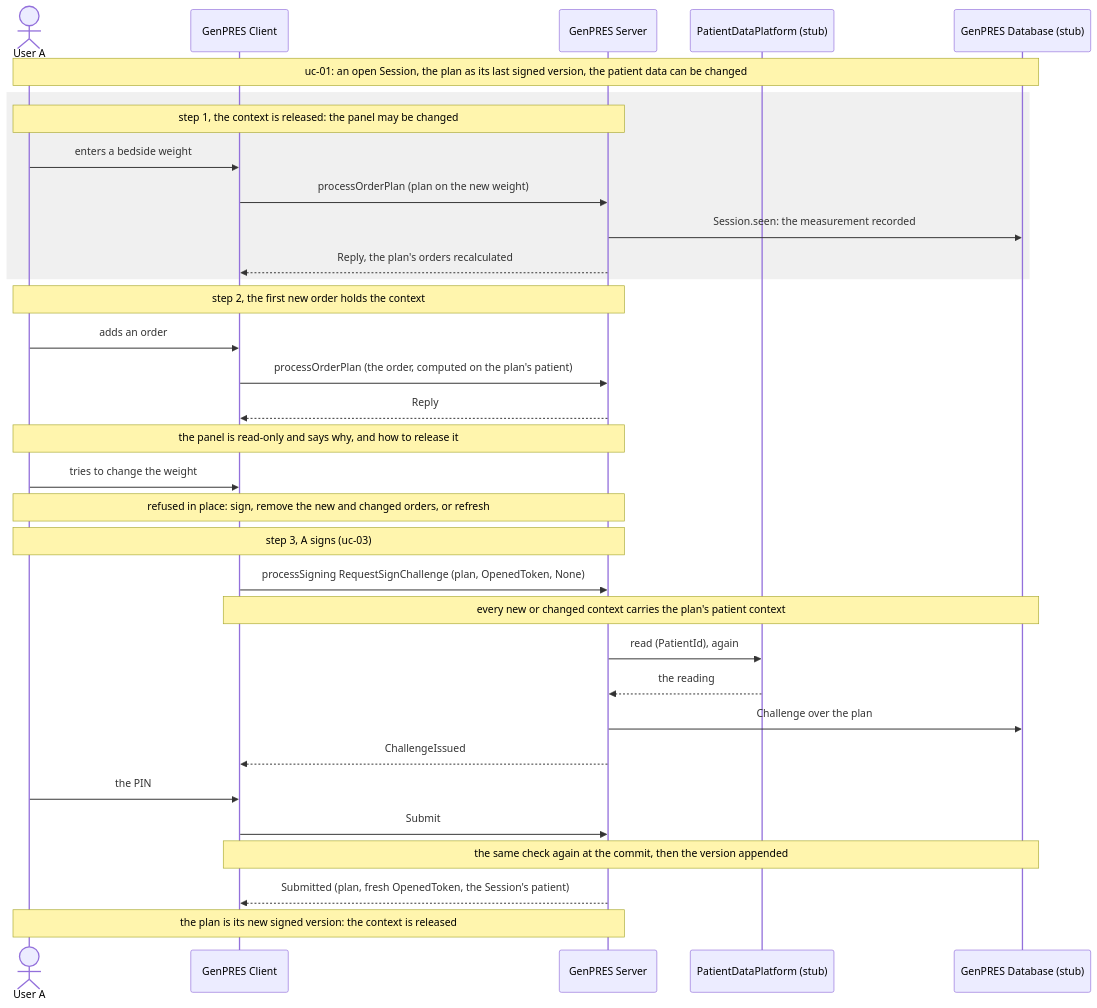
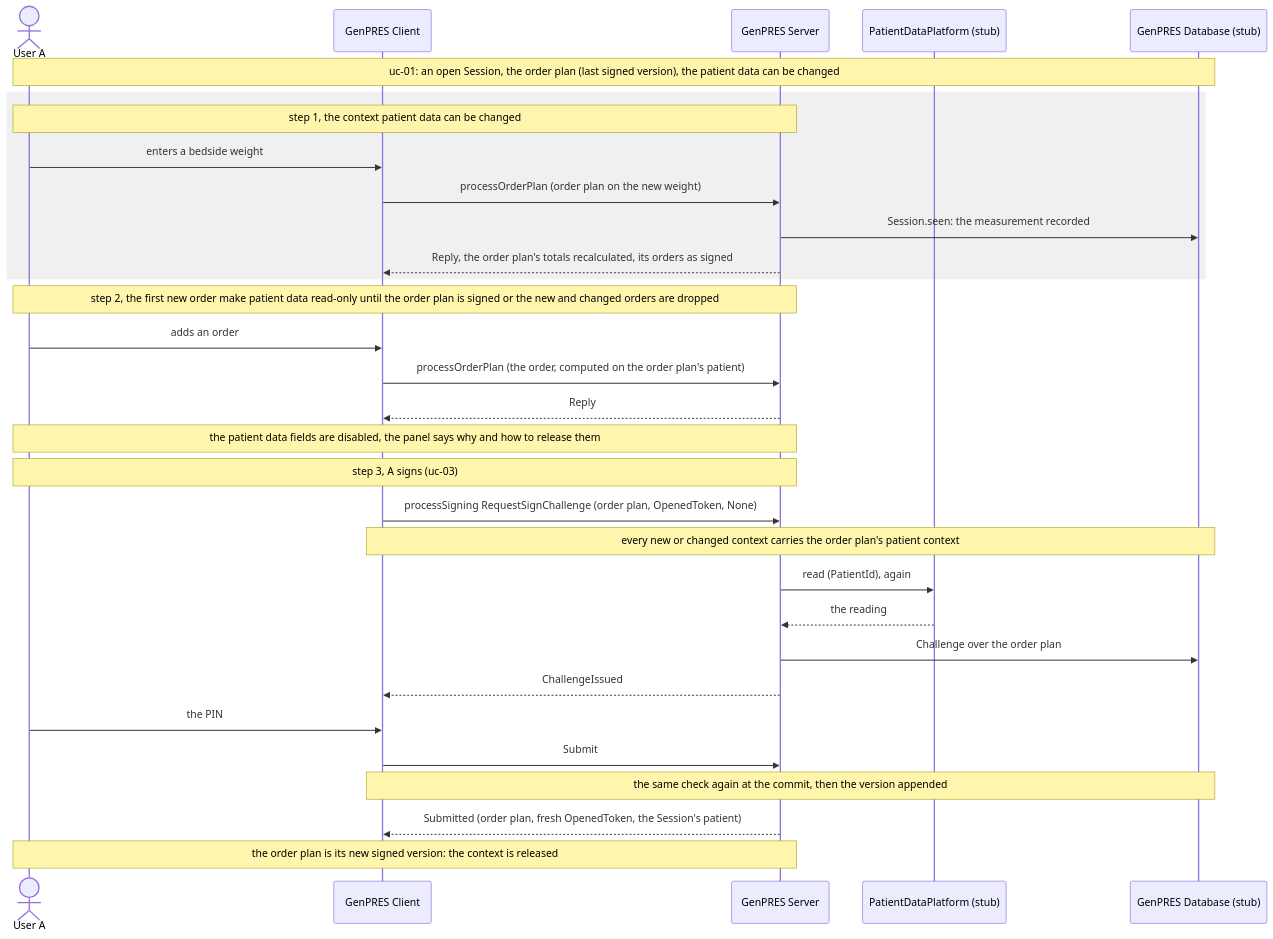
The diagram in docs/scenarios/integration/uc-12-held-patient-context.md (halcwb/GenPRES), drawn with Mermaid before and after one commit. The commit also changed other lines of this file and 1 other file, not shown here.

First line of the commit message:
docs: review of UC-12 and its implementation plan

````diff
--- a/docs/scenarios/integration/uc-12-held-patient-context.md
+++ b/docs/scenarios/integration/uc-12-held-patient-context.md
@@ -18,40 +18,37 @@
 ```mermaid
 sequenceDiagram
     actor U as User A
     participant C as GenPRES Client
     participant S as GenPRES Server
     participant P as PatientDataPlatform (stub)
     participant D as GenPRES Database (stub)
 
-    Note over U,D: uc-01: an open Session, the plan as its last signed version, the patient data can be changed
+    Note over U,D: uc-01: an open Session, the order plan (last signed version), the patient data can be changed
 
     rect rgba(128,128,128,0.12)
-    Note over U,S: step 1, the context is released: the panel may be changed
+    Note over U,S: step 1, the context patient data can be changed
     U->>C: enters a bedside weight
-    C->>S: processOrderPlan (plan on the new weight)
+    C->>S: processOrderPlan (order plan on the new weight)
     S->>D: Session.seen: the measurement recorded
-    S-->>C: Reply, the plan's orders recalculated
+    S-->>C: Reply, the order plan's totals recalculated, its orders as signed
     end
 
-    Note over U,S: step 2, the first new order holds the context
+    Note over U,S: step 2, the first new order make patient data read-only until the order plan is signed or the new and changed orders are dropped
     U->>C: adds an order
-    C->>S: processOrderPlan (the order, computed on the plan's patient)
+    C->>S: processOrderPlan (the order, computed on the order plan's patient)
     S-->>C: Reply
-    Note over U,S: the panel is read-only and says why, and how to release it
-
-    U->>C: tries to change the weight
-    Note over U,S: refused in place: sign, remove the new and changed orders, or refresh
+    Note over U,S: the patient data fields are disabled, the panel says why and how to release them
 
     Note over U,S: step 3, A signs (uc-03)
-    C->>S: processSigning RequestSignChallenge (plan, OpenedToken, None)
-    Note over C,D: every new or changed context carries the plan's patient context
+    C->>S: processSigning RequestSignChallenge (order plan, OpenedToken, None)
+    Note over C,D: every new or changed context carries the order plan's patient context
     S->>P: read (PatientId), again
     P-->>S: the reading
-    S->>D: Challenge over the plan
+    S->>D: Challenge over the order plan
     S-->>C: ChallengeIssued
     U->>C: the PIN
     C->>S: Submit
     Note over C,D: the same check again at the commit, then the version appended
-    S-->>C: Submitted (plan, fresh OpenedToken, the Session's patient)
-    Note over U,S: the plan is its new signed version: the context is released
+    S-->>C: Submitted (order plan, fresh OpenedToken, the Session's patient)
+    Note over U,S: the order plan is its new signed version: the context is released
 ```
````
